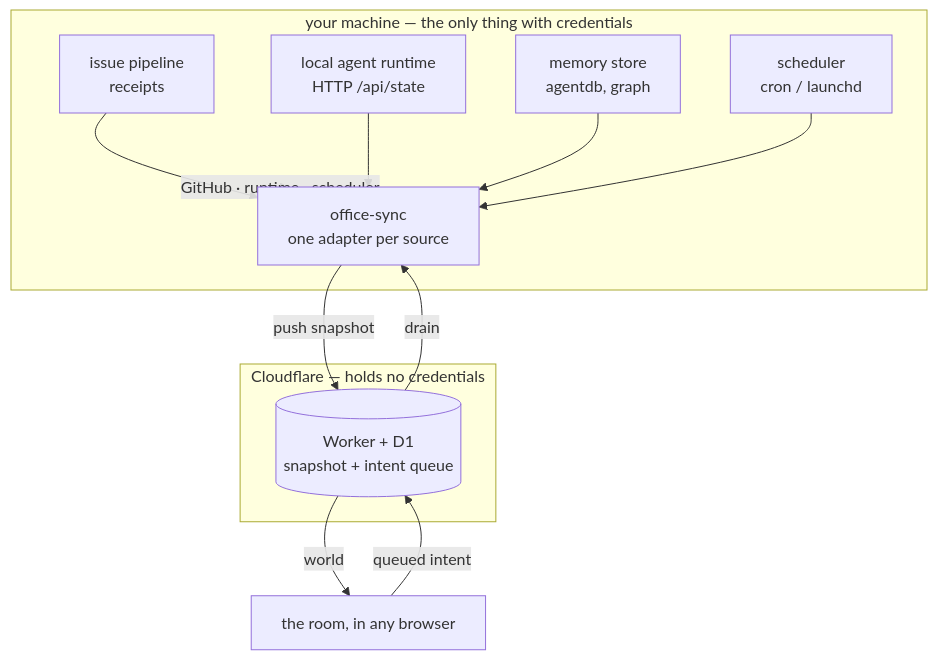
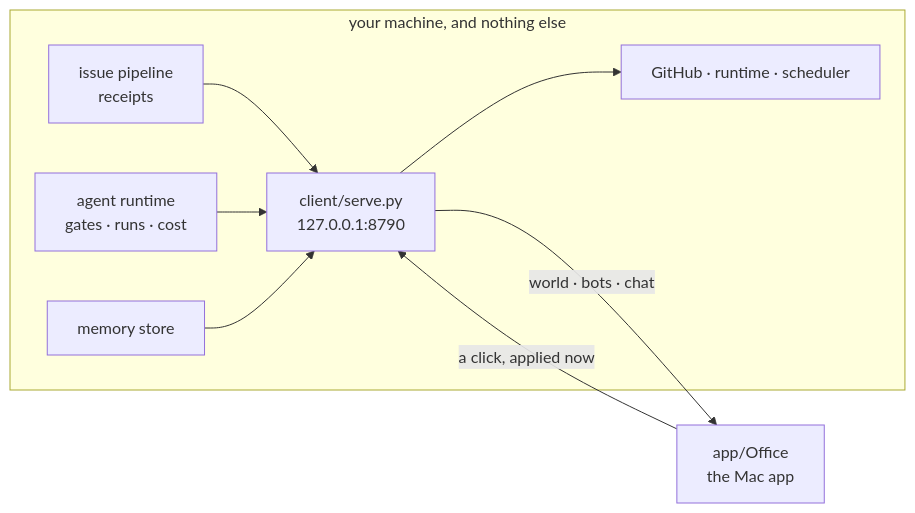
Before and after one commit to ariaxhan/nexus-office: the diagram in docs/architecture.md, drawn with Mermaid. The commit also changed other lines of this file and 36 other files, not shown here.

Commit message:
the web room is gone: the Mac app is the office, the door serves the API, README and CLAUDE.md say so

````diff
--- a/docs/architecture.md
+++ b/docs/architecture.md
@@ -22,24 +13,12 @@
 ```mermaid
-flowchart TB
-  subgraph local["your machine — the only thing with credentials"]
-    P[issue pipeline<br/>receipts]
-    R[local agent runtime<br/>HTTP /api/state]
-    M[memory store<br/>agentdb, graph]
-    J[scheduler<br/>cron / launchd]
-    S[office-sync<br/>one adapter per source]
-    P --> S
-    R --> S
-    M --> S
-    J --> S
+flowchart LR
+  subgraph machine["your machine, and nothing else"]
+    P[issue pipeline<br/>receipts] --> S
+    R[agent runtime<br/>gates · runs · cost] --> S
+    M[memory store] --> S
+    S[client/serve.py<br/>127.0.0.1:8790]
+    S --> G[GitHub · runtime · scheduler]
   end
-
-  subgraph cloud["Cloudflare — holds no credentials"]
-    W[(Worker + D1<br/>snapshot + intent queue)]
-  end
-
-  S -->|push snapshot| W
-  W -->|world| B[the room, in any browser]
-  B -->|queued intent| W
-  W -->|drain| S
-  S -->|GitHub · runtime · scheduler| local
+  S -->|world · bots · chat| A[app/Office<br/>the Mac app]
+  A -->|a click, applied now| S
 ```
````
